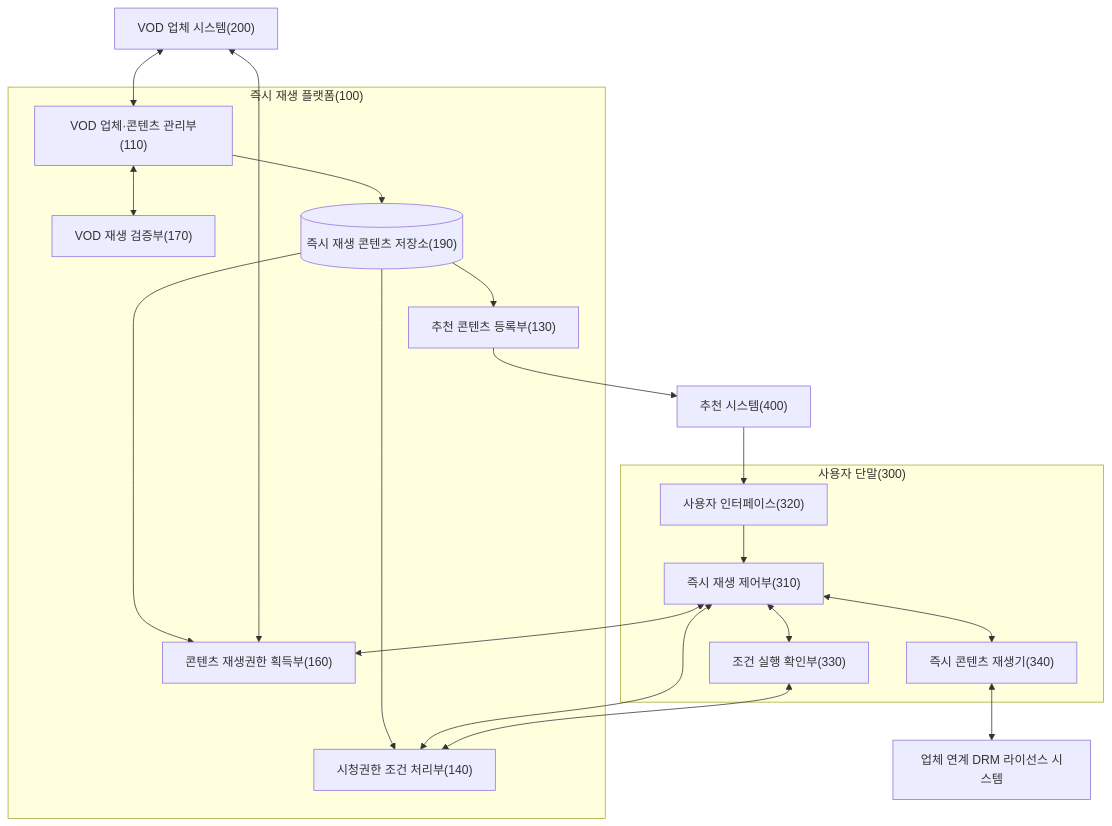
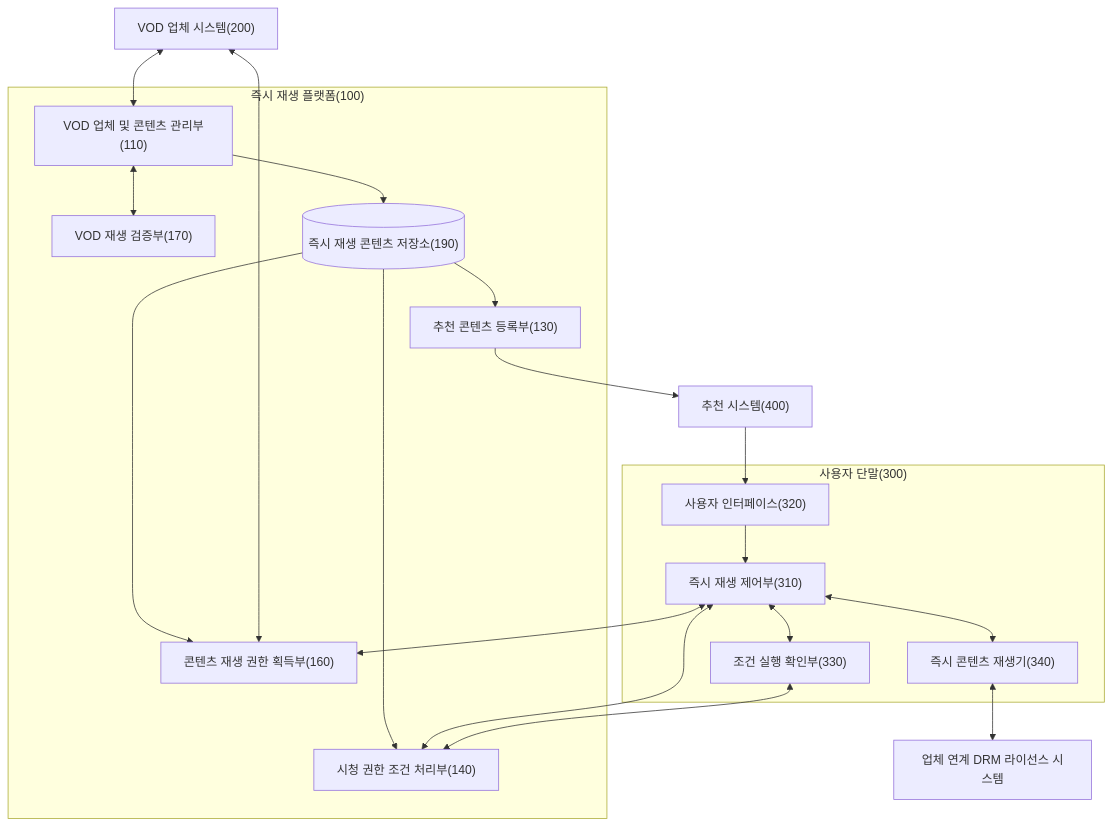
The eighth of 11 diagrams in instant_play_직무발명서.md (growdai1y/instant-play), drawn with Mermaid before and after one commit. The commit also changed other lines of this file, not shown here.

Commit message:
Polish invention disclosure wording and diagrams

````diff
--- a/instant_play_직무발명서.md
+++ b/instant_play_직무발명서.md
@@ -1053,39 +1215,39 @@
 ```mermaid
 flowchart TB
     VOD["VOD 업체 시스템(200)"]
     DRM["업체 연계 DRM 라이선스 시스템"]
     RECOMMEND["추천 시스템(400)"]
 
     subgraph PLATFORM["즉시 재생 플랫폼(100)"]
-        MANAGE["VOD 업체·콘텐츠 관리부(110)"]
+        MANAGE["VOD 업체 및 콘텐츠 관리부(110)"]
         VERIFY["VOD 재생 검증부(170)"]
         STORE[("즉시 재생 콘텐츠 저장소(190)")]
         RECREG["추천 콘텐츠 등록부(130)"]
-        CONDPROC["시청권한 조건 처리부(140)"]
-        GRANT["콘텐츠 재생권한 획득부(160)"]
+        CONDPROC["시청 권한 조건 처리부(140)"]
+        GRANT["콘텐츠 재생 권한 획득부(160)"]
         MANAGE <--> VERIFY
         MANAGE --> STORE
         STORE --> RECREG
         STORE --> CONDPROC
         STORE --> GRANT
     end
 
     subgraph DEVICE["사용자 단말(300)"]
         UI["사용자 인터페이스(320)"]
         CTRL["즉시 재생 제어부(310)"]
         CONDCHECK["조건 실행 확인부(330)"]
         PLAYER["즉시 콘텐츠 재생기(340)"]
         UI --> CTRL
         CTRL <--> CONDCHECK
         CTRL <--> PLAYER
     end
 
     VOD <--> MANAGE
     RECREG --> RECOMMEND
     RECOMMEND --> UI
     CTRL <--> CONDPROC
     CONDCHECK <--> CONDPROC
     CTRL <--> GRANT
     GRANT <--> VOD
     PLAYER <--> DRM
 ```
````
